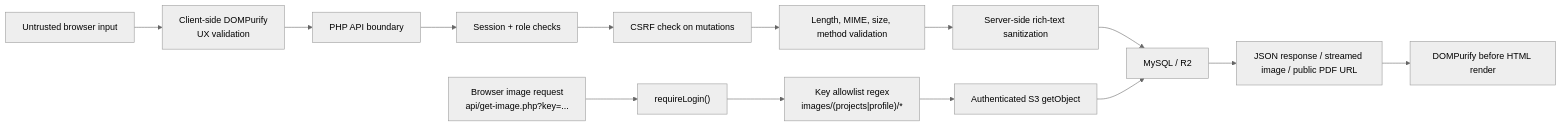
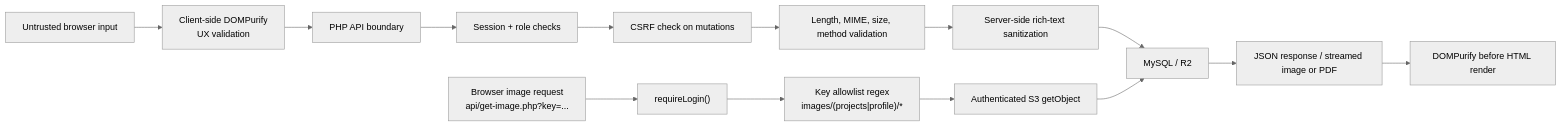
Before and after one commit to IntianDayor/login-dashboard-project: the seventh of 7 diagrams in SYSTEM_ARCHITECTURE.md, drawn with Mermaid (neutral theme). The commit also changed other lines of this file and 1 other file, not shown here.

````diff
--- a/SYSTEM_ARCHITECTURE.md
+++ b/SYSTEM_ARCHITECTURE.md
@@ -307,17 +308,17 @@
 ```mermaid
 flowchart LR
     Input["Untrusted browser input"] --> Client["Client-side DOMPurify\nUX validation"]
     Client --> API["PHP API boundary"]
     API --> Auth["Session + role checks"]
     Auth --> CSRF["CSRF check on mutations"]
     CSRF --> Validation["Length, MIME, size, method validation"]
     Validation --> Sanitize["Server-side rich-text sanitization"]
     Sanitize --> Data["MySQL / R2"]
-    Data --> Output["JSON response / streamed image / public PDF URL"]
+    Data --> Output["JSON response / streamed image or PDF"]
     Output --> Render["DOMPurify before HTML render"]
 
     ImgReq["Browser image request\napi/get-image.php?key=..."] --> ImgAuth["requireLogin()"]
     ImgAuth --> ImgAllow["Key allowlist regex\nimages/(projects|profile)/*"]
     ImgAllow --> ImgRead["Authenticated S3 getObject"]
     ImgRead --> Data
 ```
````
